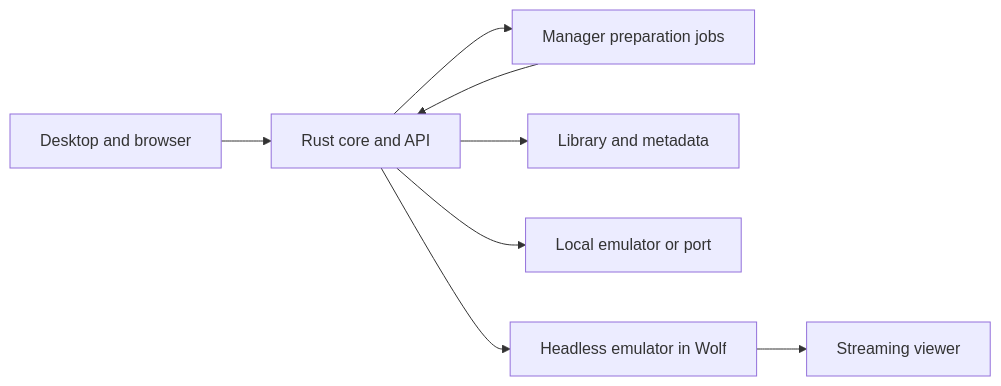
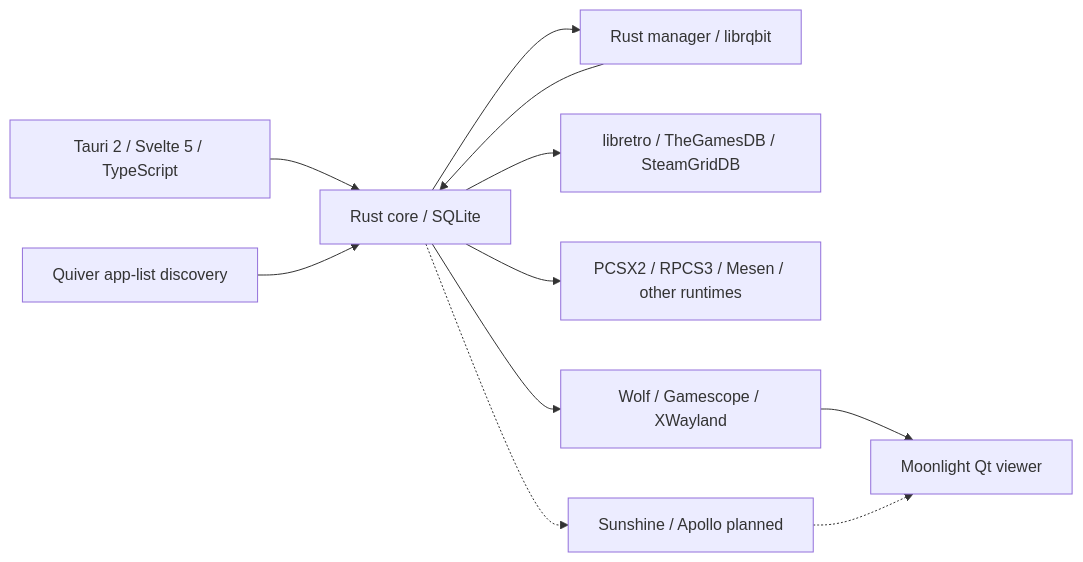
Before and after one commit to artsiom-tsaryonau/Marquee: the diagram in docs/diagrams/architecture.mmd, drawn with Mermaid. The commit also changed 4 other files, not shown here.

Commit message:
Document technology stack, emulator catalogue and streaming tools

```diff
--- a/docs/diagrams/architecture.mmd
+++ b/docs/diagrams/architecture.mmd
@@ -1,8 +1,11 @@
 flowchart LR
-  UI[Desktop and browser] --> Core[Rust core and API]
-  Core --> Manager[Manager preparation jobs]
+  UI[Tauri 2 / Svelte 5 / TypeScript] --> Core[Rust core / SQLite]
+  Quiver[Quiver app-list discovery] --> Core
+  Core --> Manager[Rust manager / librqbit]
   Manager --> Core
-  Core --> Library[Library and metadata]
-  Core --> Local[Local emulator or port]
-  Core --> Private[Headless emulator in Wolf]
-  Private --> Viewer[Streaming viewer]
+  Core --> Library[libretro / TheGamesDB / SteamGridDB]
+  Core --> Local[PCSX2 / RPCS3 / Mesen / other runtimes]
+  Core --> Private[Wolf / Gamescope / XWayland]
+  Private --> Viewer[Moonlight Qt viewer]
+  Core -.-> Alternatives[Sunshine / Apollo planned]
+  Alternatives -.-> Viewer
```
